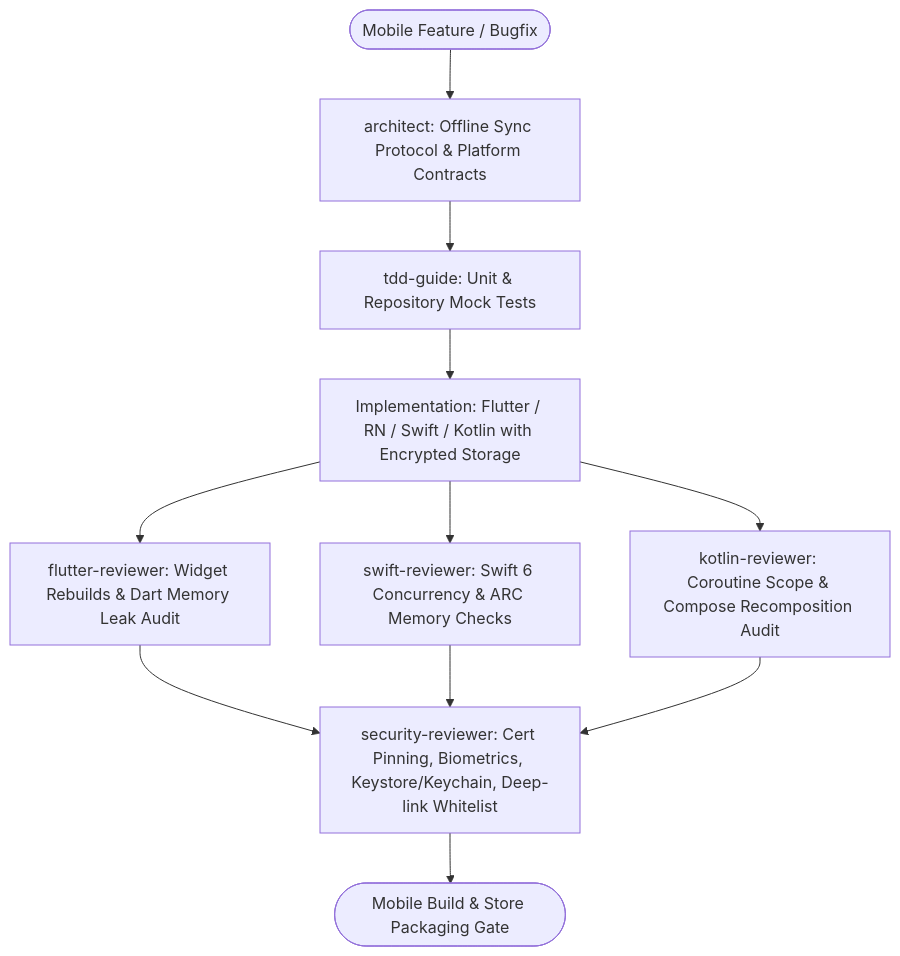
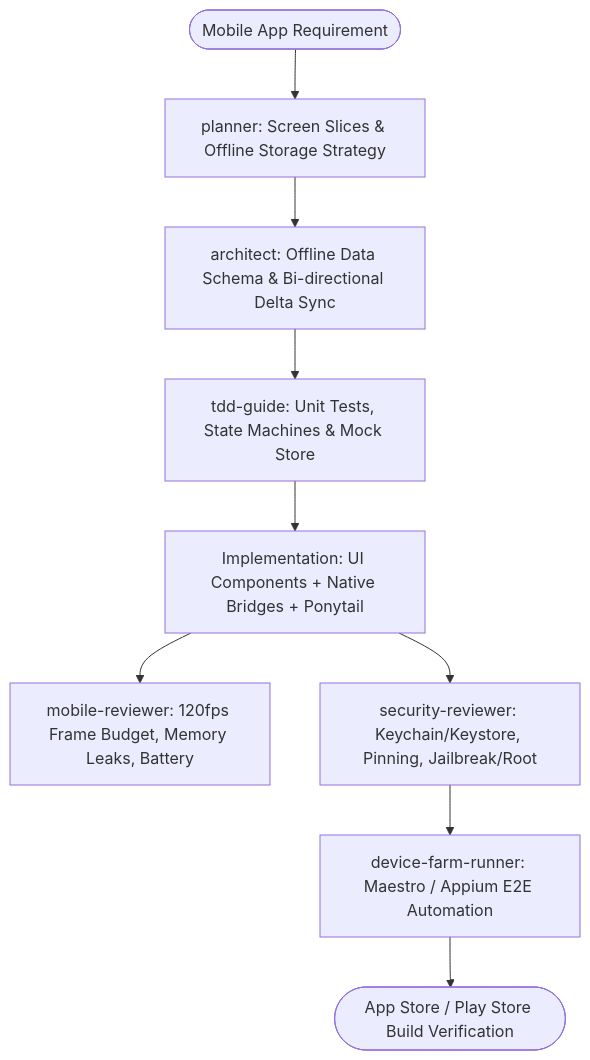
The diagram in workflows/mobile-ecosystem-suite.md (lengoctuong2005/vibe-rules-hub), drawn with Mermaid before and after one commit. The commit also changed other lines of this file and 26 other files, not shown here.

````diff
--- a/workflows/mobile-ecosystem-suite.md
+++ b/workflows/mobile-ecosystem-suite.md
@@ -24,11 +24,11 @@
 ```mermaid
 graph TD
-    MobileReq([Mobile Feature / Bugfix]) --> Architect[architect: Offline Sync Protocol & Platform Contracts]
-    Architect --> TDD[tdd-guide: Unit & Repository Mock Tests]
-    TDD --> Implementer[Implementation: Flutter / RN / Swift / Kotlin with Encrypted Storage]
-    Implementer --> FlutterRev[flutter-reviewer: Widget Rebuilds & Dart Memory Leak Audit]
-    Implementer --> SwiftRev[swift-reviewer: Swift 6 Concurrency & ARC Memory Checks]
-    Implementer --> KotlinRev[kotlin-reviewer: Coroutine Scope & Compose Recomposition Audit]
-    FlutterRev & SwiftRev & KotlinRev --> SecReviewer[security-reviewer: Cert Pinning, Biometrics, Keystore/Keychain, Deep-link Whitelist]
-    SecReviewer --> Ship([Mobile Build & Store Packaging Gate])
+    Spec([Mobile App Requirement]) --> Planner[planner: Screen Slices & Offline Storage Strategy]
+    Planner --> Architect[architect: Offline Data Schema & Bi-directional Delta Sync]
+    Architect --> TDD[tdd-guide: Unit Tests, State Machines & Mock Store]
+    TDD --> Implementer[Implementation: UI Components + Native Bridges + Ponytail]
+    Implementer --> MobileReviewer[mobile-reviewer: 120fps Frame Budget, Memory Leaks, Battery]
+    Implementer --> SecReviewer[security-reviewer: Keychain/Keystore, Pinning, Jailbreak/Root]
+    SecReviewer --> DeviceRunner[device-farm-runner: Maestro / Appium E2E Automation]
+    DeviceRunner --> StoreRelease([App Store / Play Store Build Verification])
 ```
````
